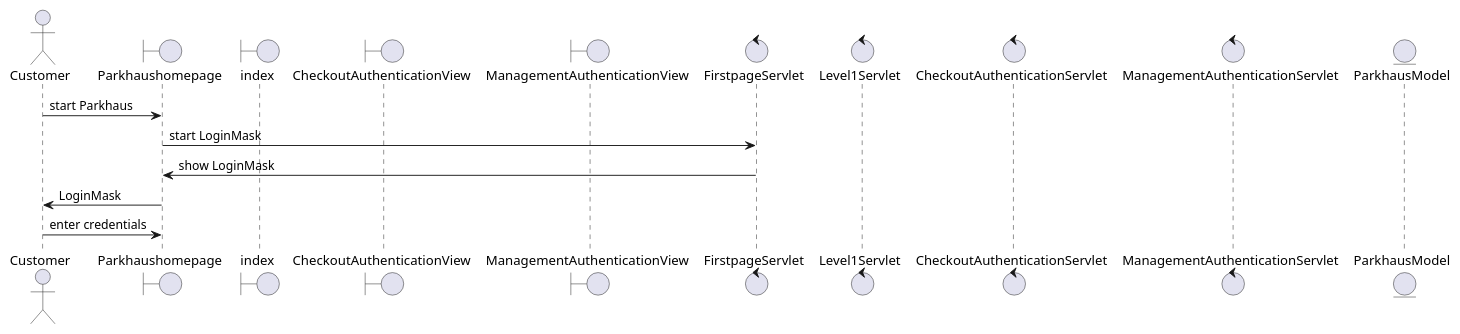
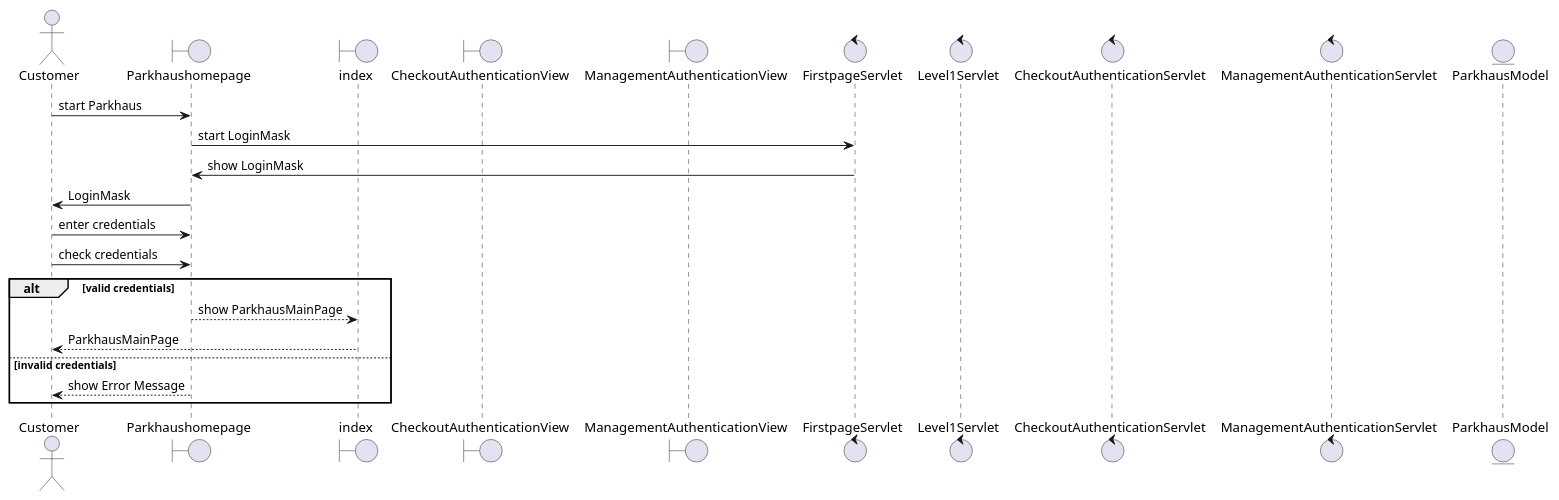
Before and after one commit to 1nbetw33n/Parkhaus_new: the diagram in target/classes/Planung/DIAGRAMM/sd_Parkhaus.puml, drawn with PlantUML. The commit also changed 7 other files, not shown here.

Commit message:
Maven change and diagram differences

```diff
--- a/target/classes/Planung/DIAGRAMM/sd_Parkhaus.puml
+++ b/target/classes/Planung/DIAGRAMM/sd_Parkhaus.puml
@@ -1,22 +1,25 @@
 @startuml
 'https://plantuml.com/sequence-diagram
 actor Customer
 boundary Parkhaushomepage
 boundary index
 boundary CheckoutAuthenticationView
 boundary ManagementAuthenticationView
 control FirstpageServlet
 control Level1Servlet
 control CheckoutAuthenticationServlet
 control ManagementAuthenticationServlet
 entity ParkhausModel
-
 Customer -> Parkhaushomepage : start Parkhaus
 Parkhaushomepage -> FirstpageServlet : start LoginMask
 FirstpageServlet -> Parkhaushomepage : show LoginMask
 Parkhaushomepage -> Customer : LoginMask
-
 Customer ->  Parkhaushomepage : enter credentials
-
-
+Customer -> Parkhaushomepage : check credentials
+alt valid credentials
+    Parkhaushomepage --> index : show ParkhausMainPage
+    index --> Customer : ParkhausMainPage
+else invalid credentials
+    Parkhaushomepage --> Customer : show Error Message
+end
 @enduml
```
